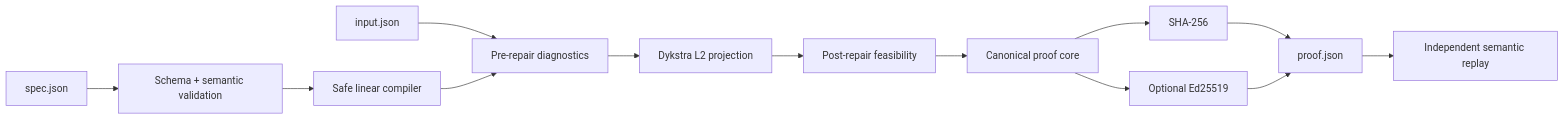
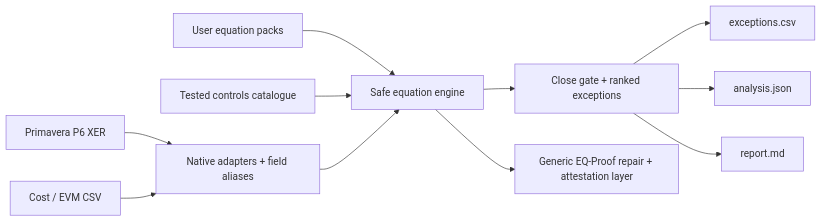
Before and after one commit to FlorianStuettgen/EQ-Proof: the diagram in README.md, drawn with Mermaid. The commit also changed other lines of this file, not shown here.

Commit message:
Reposition EQ-Proof as project controls equation workbench

````diff
--- a/README.md
+++ b/README.md
@@ -90,15 +144,13 @@
 ```mermaid
 flowchart LR
-    SPEC[spec.json] --> VALIDATE[Schema + semantic validation]
-    VALIDATE --> COMPILE[Safe linear compiler]
-    INPUT[input.json] --> DIAG1[Pre-repair diagnostics]
-    COMPILE --> DIAG1
-    DIAG1 --> SOLVER[Dykstra L2 projection]
-    SOLVER --> DIAG2[Post-repair feasibility]
-    DIAG2 --> CORE[Canonical proof core]
-    CORE --> HASH[SHA-256]
-    CORE --> SIGN[Optional Ed25519]
-    HASH --> PROOF[proof.json]
-    SIGN --> PROOF
-    PROOF --> REPLAY[Independent semantic replay]
+    P6[Primavera P6 XER] --> ADAPTERS[Native adapters + field aliases]
+    COST[Cost / EVM CSV] --> ADAPTERS
+    USER[User equation packs] --> ENGINE[Safe equation engine]
+    CATALOGUE[Tested controls catalogue] --> ENGINE
+    ADAPTERS --> ENGINE
+    ENGINE --> GATE[Close gate + ranked exceptions]
+    GATE --> CSV[exceptions.csv]
+    GATE --> JSON[analysis.json]
+    GATE --> REPORT[report.md]
+    ENGINE --> PROOF[Generic EQ-Proof repair + attestation layer]
 ```
````
